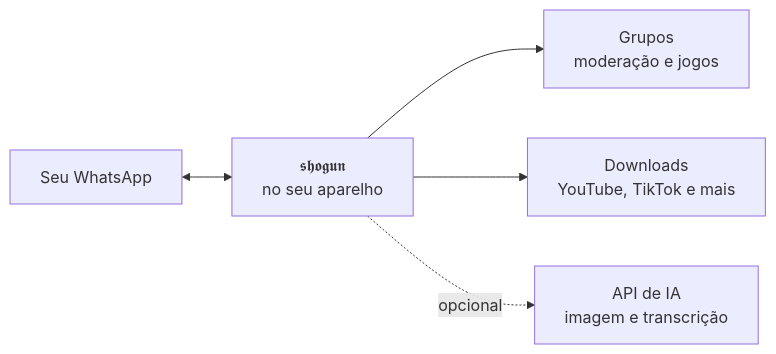
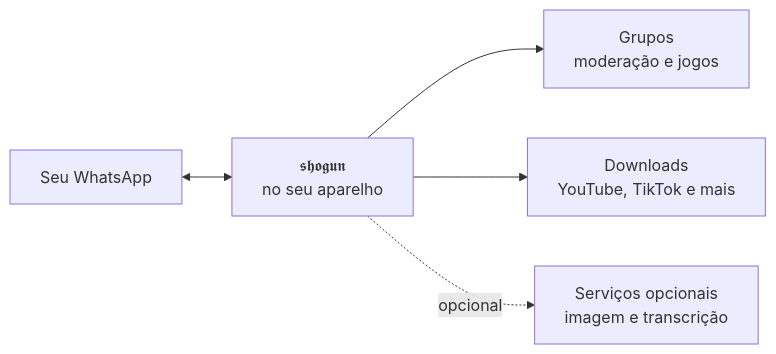
Before and after one commit to dgreych/shogun: the diagram in README.md, drawn with Mermaid. The commit also changed other lines of this file and 136 other files, not shown here.

````diff
--- a/README.md
+++ b/README.md
@@ -93,7 +93,7 @@
 ```mermaid
 flowchart LR
   A[Seu WhatsApp] <--> B[𝖘𝖍𝖔𝖌𝖚𝖓<br/>no seu aparelho]
   B --> C[Grupos<br/>moderação e jogos]
   B --> D[Downloads<br/>YouTube, TikTok e mais]
-  B -.opcional.-> E[API de IA<br/>imagem e transcrição]
+  B -.opcional.-> E[Serviços opcionais<br/>imagem e transcrição]
 ```
````
